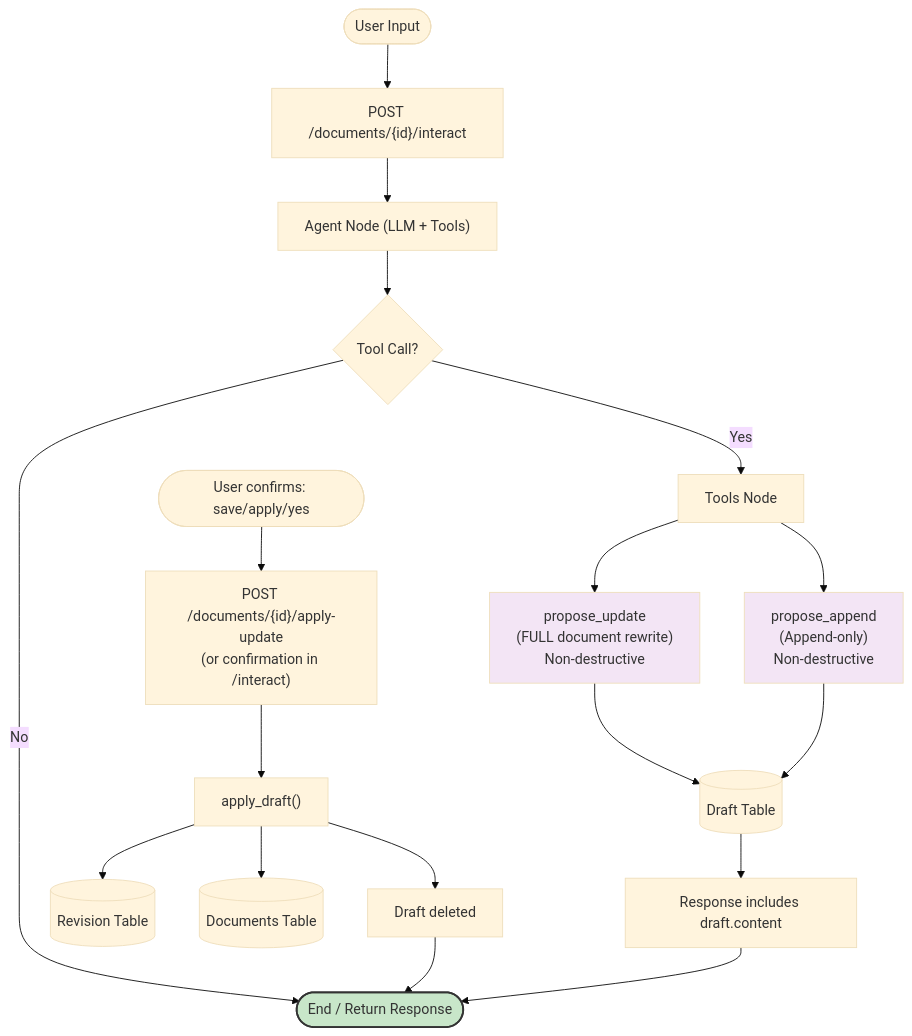
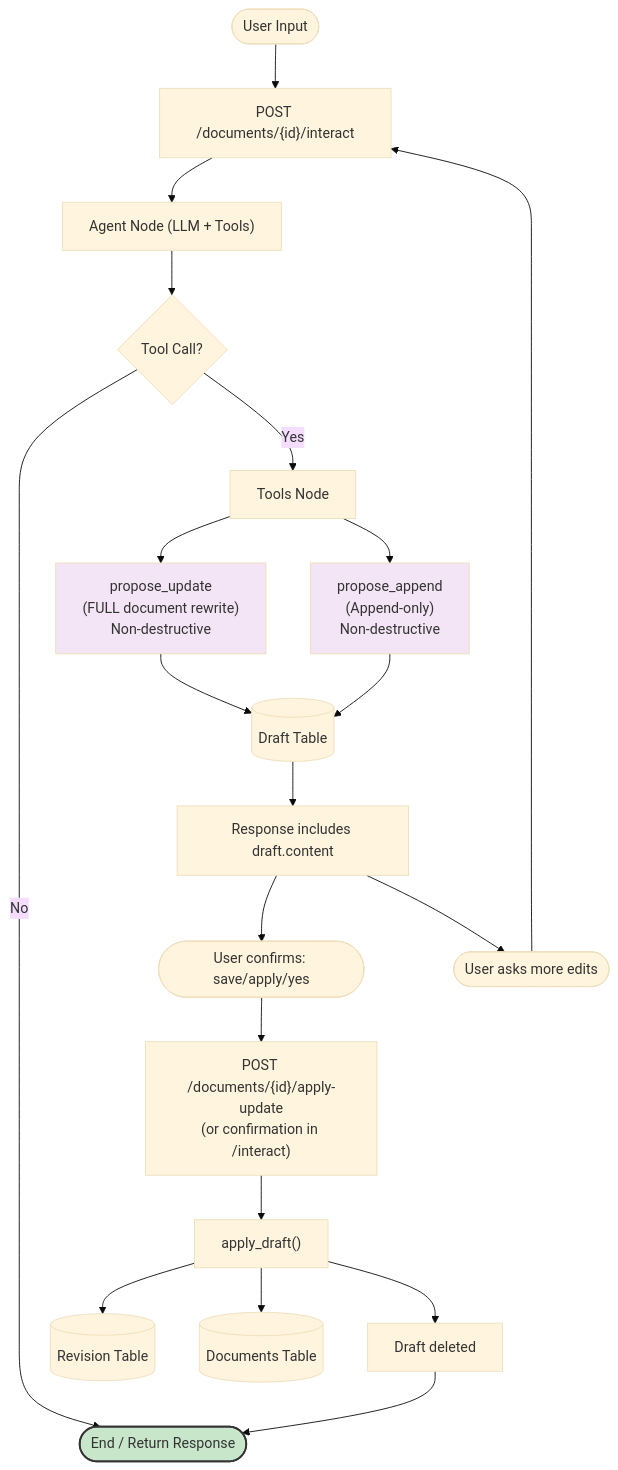
The second of 2 diagrams in README.md (anuj-aj/drafter), drawn with Mermaid (base theme) before and after one commit.

Commit message:
update Readme file

````diff
--- a/README.md
+++ b/README.md
@@ -39,28 +39,30 @@
 ```mermaid
 flowchart TB
    UserInput([User Input]) --> Interact["POST /documents/{id}/interact"]
    Interact --> AgentNode["Agent Node (LLM + Tools)"]
    AgentNode --> ShouldContinue{Tool Call?}
    ShouldContinue -- No --> End([End / Return Response])
    ShouldContinue -- Yes --> ToolsNode["Tools Node"]
 
    ToolsNode --> ProposeUpdate["propose_update\n(FULL document rewrite)\nNon-destructive"]
    ToolsNode --> ProposeAppend["propose_append\n(Append-only)\nNon-destructive"]
 
    ProposeUpdate --> DraftDB[(Draft Table)]
    ProposeAppend --> DraftDB
 
    DraftDB --> InteractResp["Response includes draft.content"]
-   InteractResp --> End
+   InteractResp --> ConfirmInput(["User confirms: save/apply/yes"])
+   InteractResp --> MoreEdits(["User asks more edits"])
+   MoreEdits --> Interact
 
-   ConfirmInput(["User confirms: save/apply/yes"]) --> Apply["POST /documents/{id}/apply-update\n(or confirmation in /interact)"]
+   ConfirmInput --> Apply["POST /documents/{id}/apply-update\n(or confirmation in /interact)"]
    Apply --> ApplyDraft["apply_draft()"]
    ApplyDraft --> RevisionDB[(Revision Table)]
    ApplyDraft --> DocumentsDB[(Documents Table)]
    ApplyDraft --> DraftDeleted["Draft deleted"]
    DraftDeleted --> End:::endstyle
 
    classDef tool fill:#f3e5f5;
    class ProposeUpdate,ProposeAppend tool;
    classDef endstyle fill:#c8e6c9,stroke:#333,stroke-width:2;
 ```
````
